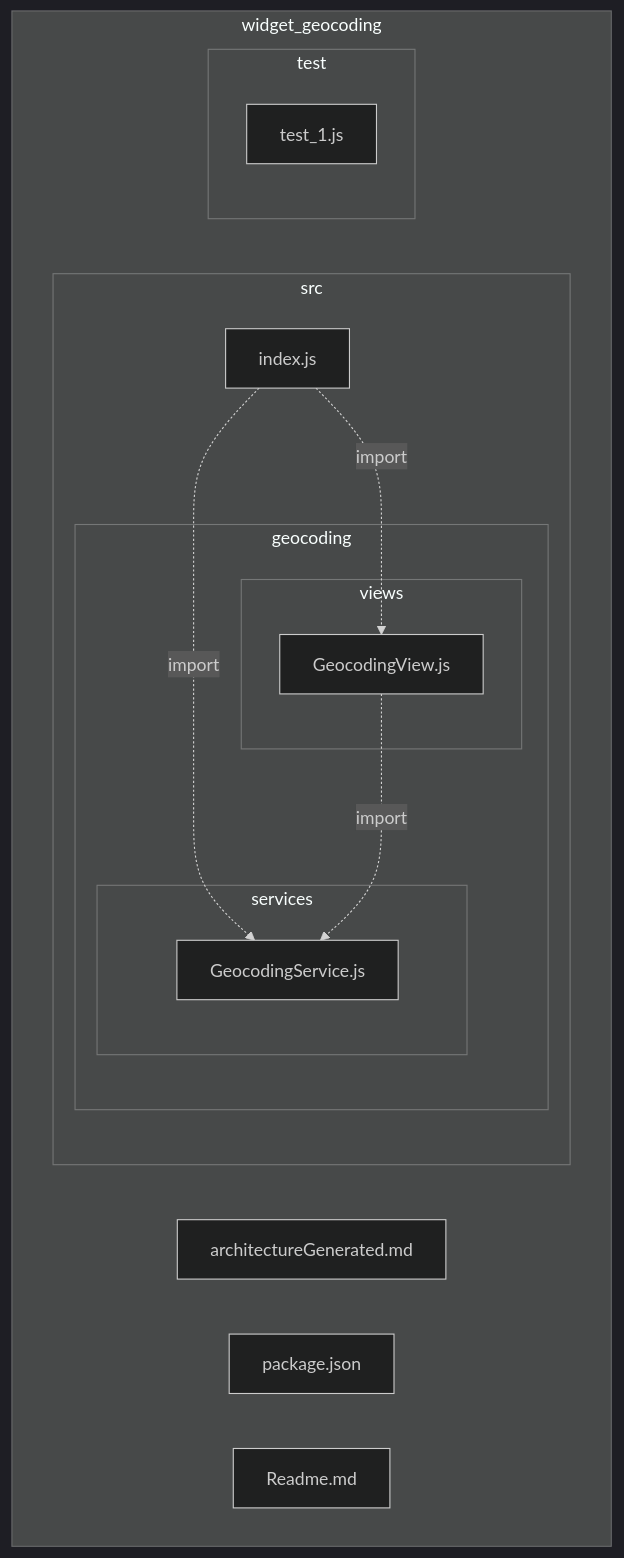
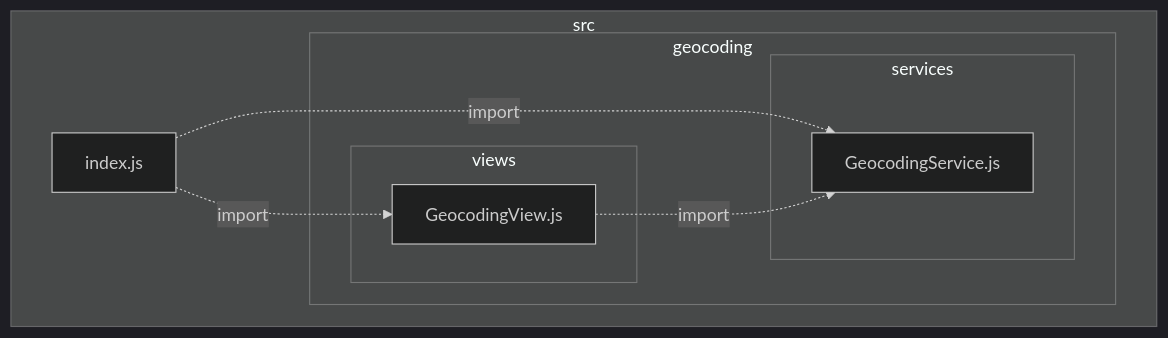
The diagram in packages/widget_geocoding/architectureGenerated.md (VCityTeam/UD-Viz), drawn with Mermaid (dark theme) before and after one commit. The commit also changed 25 other files, not shown here.

Commit message:
update(doc):generate diagrams from *package*/src/

````diff
--- a/packages/widget_geocoding/architectureGenerated.md
+++ b/packages/widget_geocoding/architectureGenerated.md
@@ -1,25 +1,17 @@
 ```mermaid
 flowchart
- subgraph IDwidget5fgeocoding["widget_geocoding"]
-  IDwidget5fgeocodingArchitectureGenerated2emd["architectureGenerated.md"]
-  IDwidget5fgeocodingPackage2ejson["package.json"]
-  IDwidget5fgeocodingReadme2emd["Readme.md"]
-  subgraph IDwidget5fgeocodingSrc["src"]
-   IDwidget5fgeocodingSrcIndex2ejs["index.js"]
-   subgraph IDwidget5fgeocodingSrcGeocoding["geocoding"]
-    subgraph IDwidget5fgeocodingSrcGeocodingServices["services"]
-     IDwidget5fgeocodingSrcGeocodingServicesGeocodingService2ejs["GeocodingService.js"]
-    end
-    subgraph IDwidget5fgeocodingSrcGeocodingViews["views"]
-     IDwidget5fgeocodingSrcGeocodingViewsGeocodingView2ejs["GeocodingView.js"]
-    end
+ subgraph IDsrc["src"]
+  IDsrcIndex2ejs["index.js"]
+  subgraph IDsrcGeocoding["geocoding"]
+   subgraph IDsrcGeocodingServices["services"]
+    IDsrcGeocodingServicesGeocodingService2ejs["GeocodingService.js"]
+   end
+   subgraph IDsrcGeocodingViews["views"]
+    IDsrcGeocodingViewsGeocodingView2ejs["GeocodingView.js"]
    end
   end
-  subgraph IDwidget5fgeocodingTest["test"]
-   IDwidget5fgeocodingTestTest5f12ejs["test_1.js"]
-  end
  end
-IDwidget5fgeocodingSrcIndex2ejs-.->|import|IDwidget5fgeocodingSrcGeocodingViewsGeocodingView2ejs
-IDwidget5fgeocodingSrcIndex2ejs-.->|import|IDwidget5fgeocodingSrcGeocodingServicesGeocodingService2ejs
-IDwidget5fgeocodingSrcGeocodingViewsGeocodingView2ejs-.->|import|IDwidget5fgeocodingSrcGeocodingServicesGeocodingService2ejs
+IDsrcIndex2ejs-.->|import|IDsrcGeocodingViewsGeocodingView2ejs
+IDsrcIndex2ejs-.->|import|IDsrcGeocodingServicesGeocodingService2ejs
+IDsrcGeocodingViewsGeocodingView2ejs-.->|import|IDsrcGeocodingServicesGeocodingService2ejs
 ```
````
